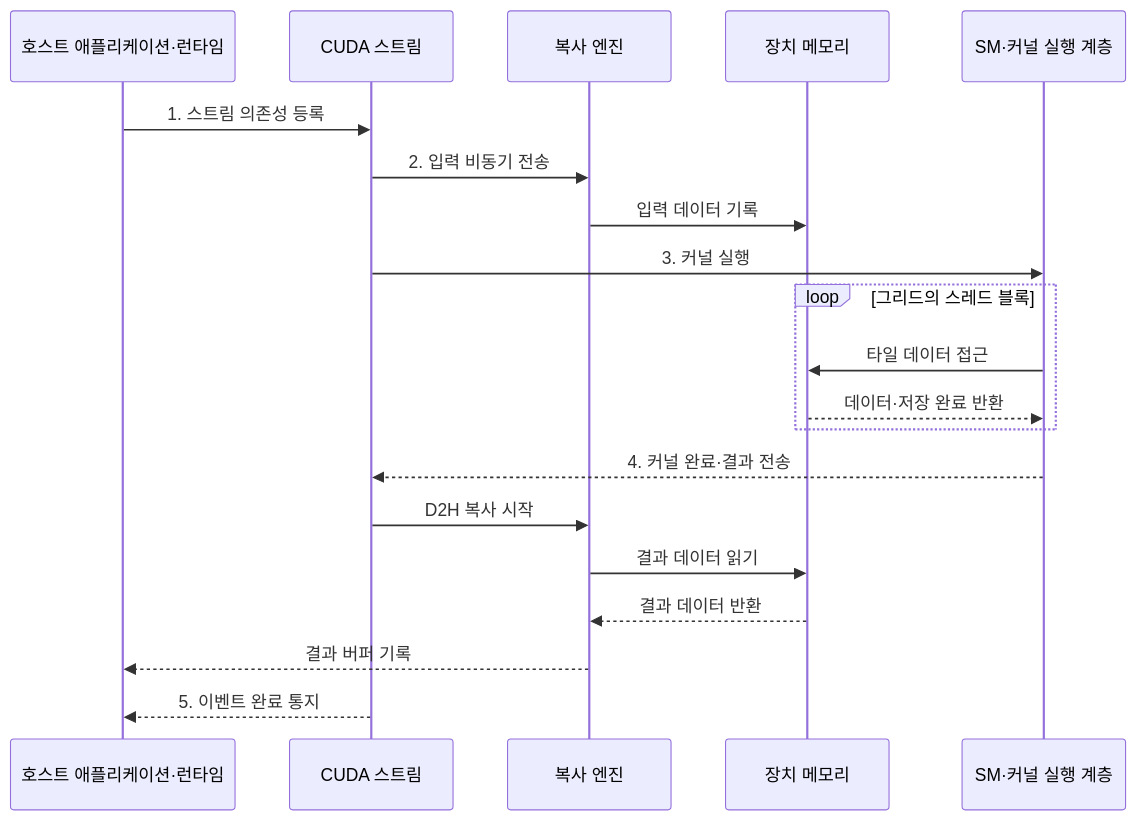
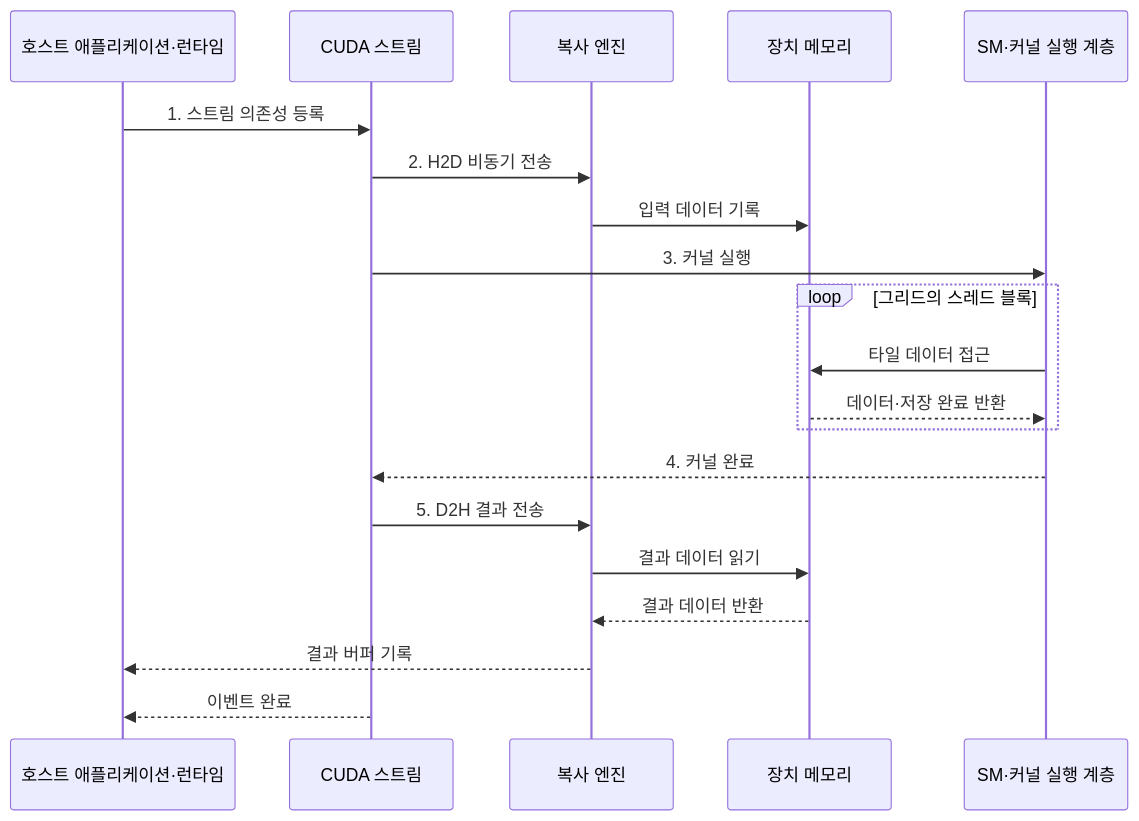
One commit to agnusdei1207/knowledge-base changed the second of 2 diagrams in src/content/docs/notes/02-hardware/042_cuda_parallel_computing.md. Above: the diagram before and after it, drawn with Mermaid. The commit also changed other lines of this file and 20 other files, not shown here.

````diff
--- a/src/content/docs/notes/02-hardware/042_cuda_parallel_computing.md
+++ b/src/content/docs/notes/02-hardware/042_cuda_parallel_computing.md
@@ -88,23 +88,23 @@
 ```mermaid
 sequenceDiagram
     participant H as 호스트 애플리케이션·런타임
     participant S as CUDA 스트림
     participant C as 복사 엔진
     participant M as 장치 메모리
     participant K as SM·커널 실행 계층
 
     H->>S: 1. 스트림 의존성 등록
-    S->>C: 2. 입력 비동기 전송
+    S->>C: 2. H2D 비동기 전송
     C->>M: 입력 데이터 기록
     S->>K: 3. 커널 실행
     loop 그리드의 스레드 블록
         K->>M: 타일 데이터 접근
         M-->>K: 데이터·저장 완료 반환
     end
-    K-->>S: 4. 커널 완료·결과 전송
-    S->>C: D2H 복사 시작
+    K-->>S: 4. 커널 완료
+    S->>C: 5. D2H 결과 전송
     C->>M: 결과 데이터 읽기
     M-->>C: 결과 데이터 반환
     C-->>H: 결과 버퍼 기록
-    S-->>H: 5. 이벤트 완료 통지
+    S-->>H: 이벤트 완료
 ```
````
